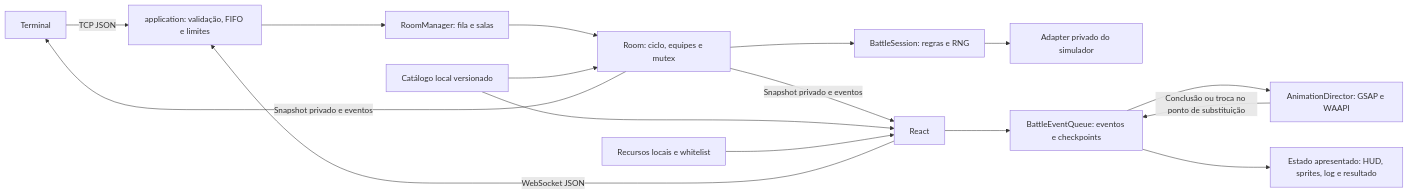
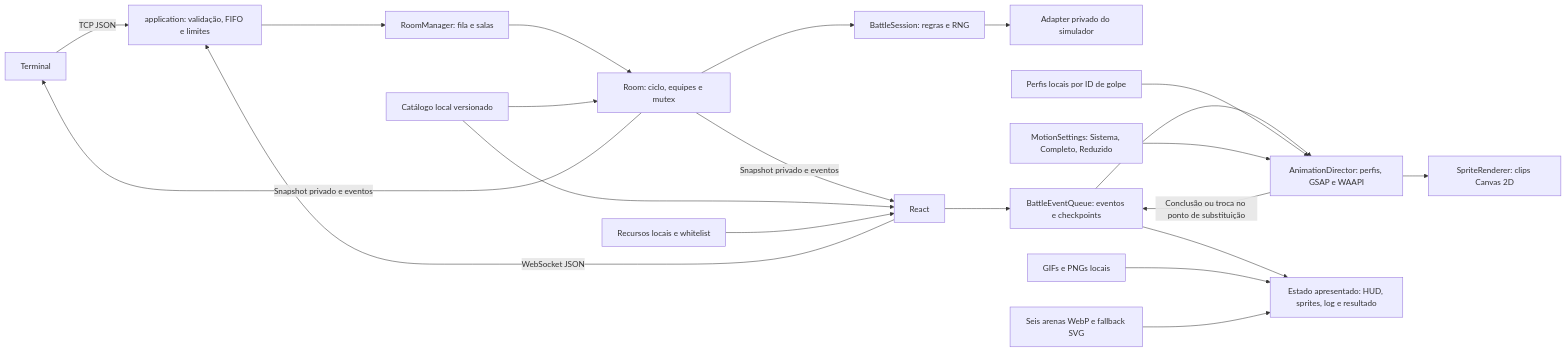
The diagram in docs/arquitetura.md (HenriqueGOP/BattleLink-Trabalho), drawn with Mermaid before and after one commit. The commit also changed other lines of this file and 3497 other files, not shown here.

````diff
--- a/docs/arquitetura.md
+++ b/docs/arquitetura.md
@@ -3,18 +5,23 @@
 ```mermaid
 flowchart LR
   CLI[Terminal] -->|TCP JSON| A[application: validação, FIFO e limites]
   UI[React] -->|WebSocket JSON| A
   A --> M[RoomManager: fila e salas]
   M --> R[Room: ciclo, equipes e mutex]
   R --> E[BattleSession: regras e RNG]
   E --> S[Adapter privado do simulador]
   R -->|Snapshot privado e eventos| UI
   R -->|Snapshot privado e eventos| CLI
   C[Catálogo local versionado] --> R
   C --> UI
   L[Recursos locais e whitelist] --> UI
   UI --> Q[BattleEventQueue: eventos e checkpoints]
-  Q --> D[AnimationDirector: GSAP e WAAPI]
+  Q --> D[AnimationDirector: perfis, GSAP e WAAPI]
+  P[Perfis locais por ID de golpe] --> D
+  D --> F[SpriteRenderer: clips Canvas 2D]
+  N[MotionSettings: Sistema, Completo, Reduzido] --> D
   D -->|Conclusão ou troca no ponto de substituição| Q
   Q --> V[Estado apresentado: HUD, sprites, log e resultado]
+  G[GIFs e PNGs locais] --> V
+  B[Seis arenas WebP e fallback SVG] --> V
 ```
````
